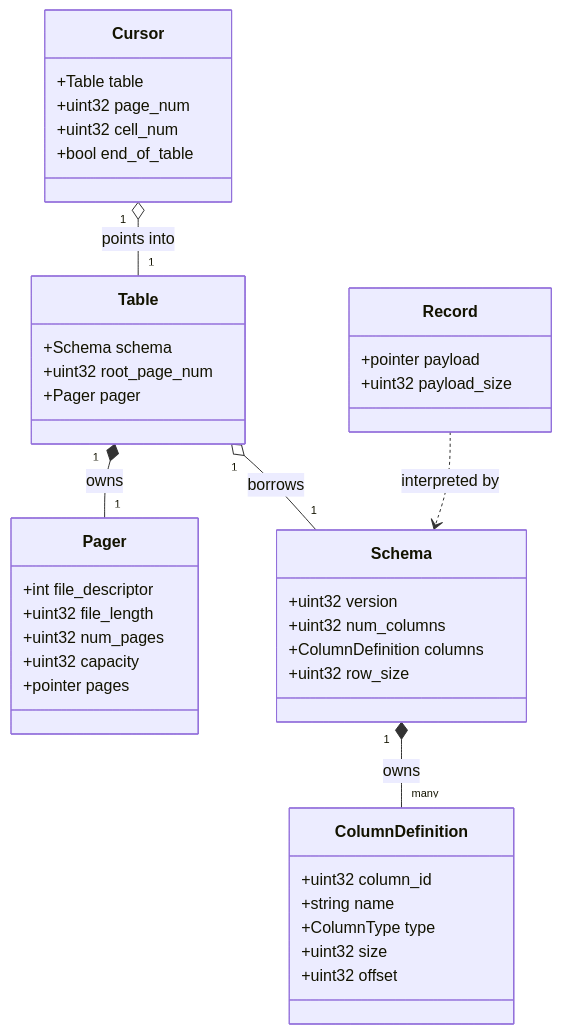
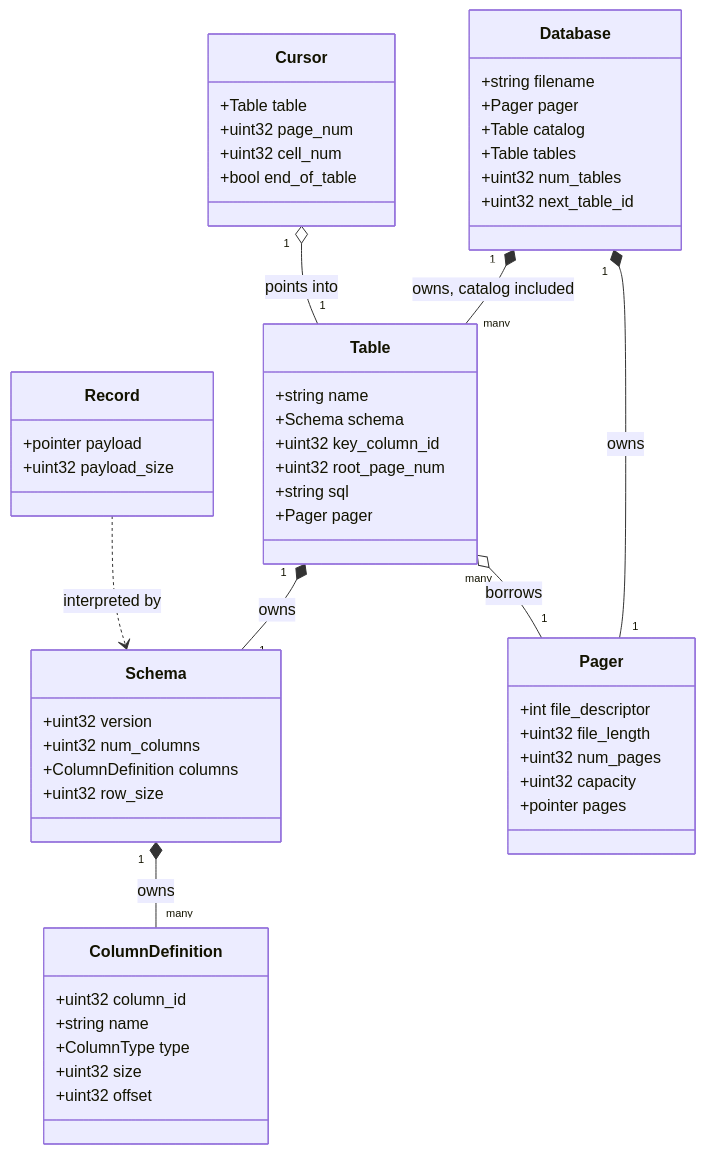
The fourth of 21 diagrams in README.md (Rohitangshu2026/mini-sql), drawn with Mermaid before and after one commit. The commit also changed other lines of this file, not shown here.

First line of the commit message:
docs: describe the catalog and CREATE TABLE in the README

````diff
--- a/README.md
+++ b/README.md
@@ -323,44 +381,57 @@
 ```mermaid
 classDiagram
     class Schema {
         +uint32 version
         +uint32 num_columns
         +ColumnDefinition columns
         +uint32 row_size
     }
     class ColumnDefinition {
         +uint32 column_id
         +string name
         +ColumnType type
         +uint32 size
         +uint32 offset
     }
     class Pager {
         +int file_descriptor
         +uint32 file_length
         +uint32 num_pages
         +uint32 capacity
         +pointer pages
     }
+    class Database {
+        +string filename
+        +Pager pager
+        +Table catalog
+        +Table tables
+        +uint32 num_tables
+        +uint32 next_table_id
+    }
     class Table {
+        +string name
         +Schema schema
+        +uint32 key_column_id
         +uint32 root_page_num
+        +string sql
         +Pager pager
     }
     class Cursor {
         +Table table
         +uint32 page_num
         +uint32 cell_num
         +bool end_of_table
     }
     class Record {
         +pointer payload
         +uint32 payload_size
     }
 
+    Database "1" *-- "1" Pager : owns
+    Database "1" *-- "many" Table : owns, catalog included
     Schema "1" *-- "many" ColumnDefinition : owns
-    Table "1" *-- "1" Pager : owns
-    Table "1" o-- "1" Schema : borrows
+    Table "1" *-- "1" Schema : owns
+    Table "many" o-- "1" Pager : borrows
     Cursor "1" o-- "1" Table : points into
     Record ..> Schema : interpreted by
 ```
````
